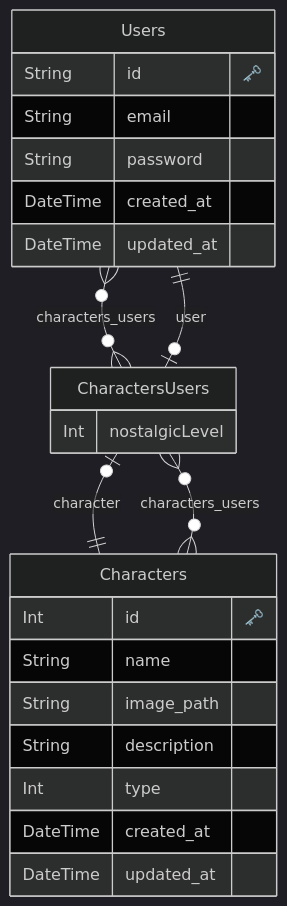
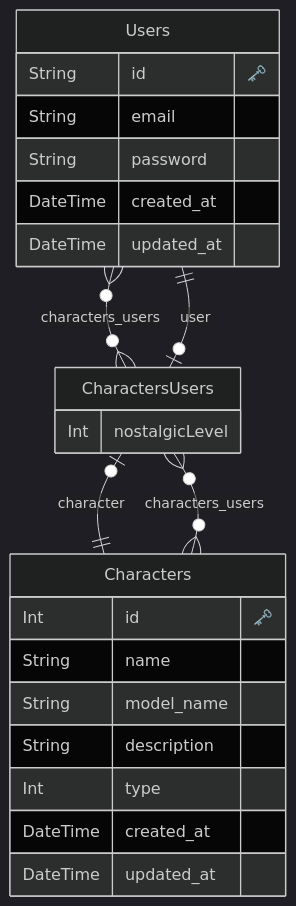
The diagram in prisma/erd.md (hal2024-HOLO-ME/holome-backend), drawn with Mermaid (dark theme) before and after one commit. The commit also changed 2 other files, not shown here.

Commit message:
fix: ERD変更

````diff
--- a/prisma/erd.md
+++ b/prisma/erd.md
@@ -1,32 +1,32 @@
 ```mermaid
 erDiagram
 
   "Users" {
     String id "🗝️"
     String email 
     String password 
     DateTime created_at 
     DateTime updated_at 
     }
   
 
   "Characters" {
     Int id "🗝️"
     String name 
-    String image_path 
+    String model_name 
     String description 
     Int type 
     DateTime created_at 
     DateTime updated_at 
     }
   
 
   "CharactersUsers" {
     Int nostalgicLevel 
     }
   
     "Users" o{--}o "CharactersUsers" : "characters_users"
     "Characters" o{--}o "CharactersUsers" : "characters_users"
     "CharactersUsers" o|--|| "Users" : "user"
     "CharactersUsers" o|--|| "Characters" : "character"
 ```
````
